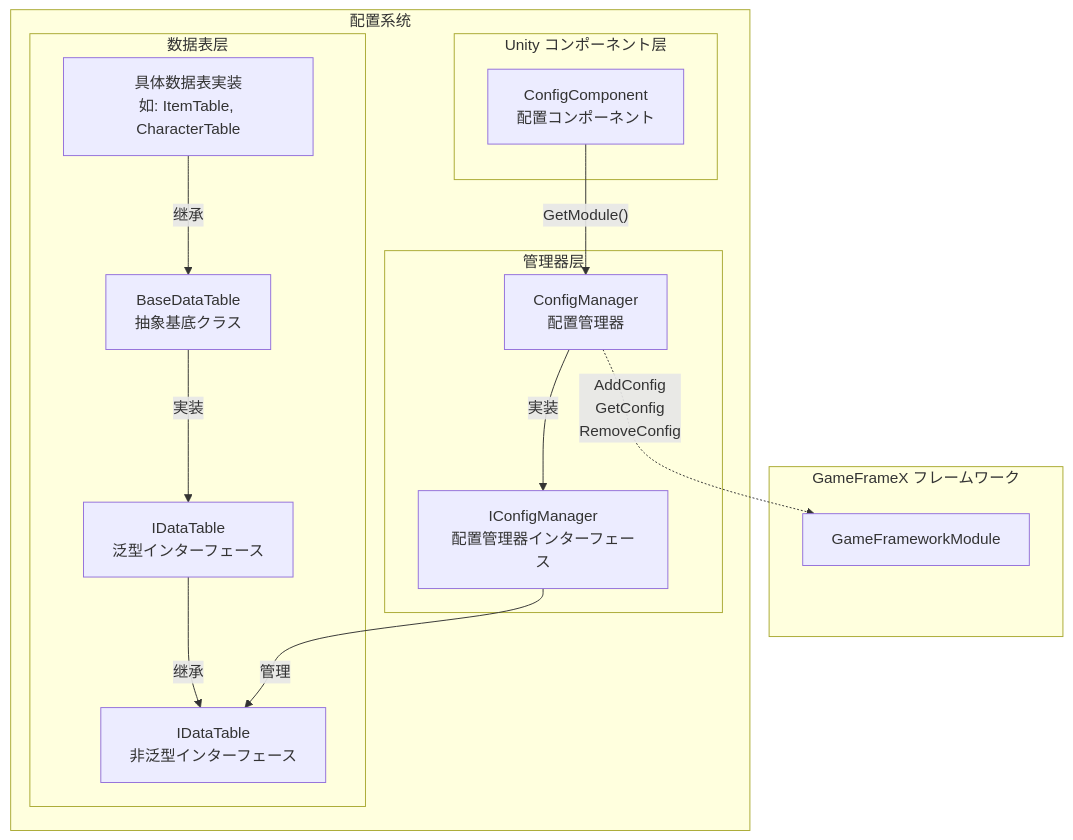
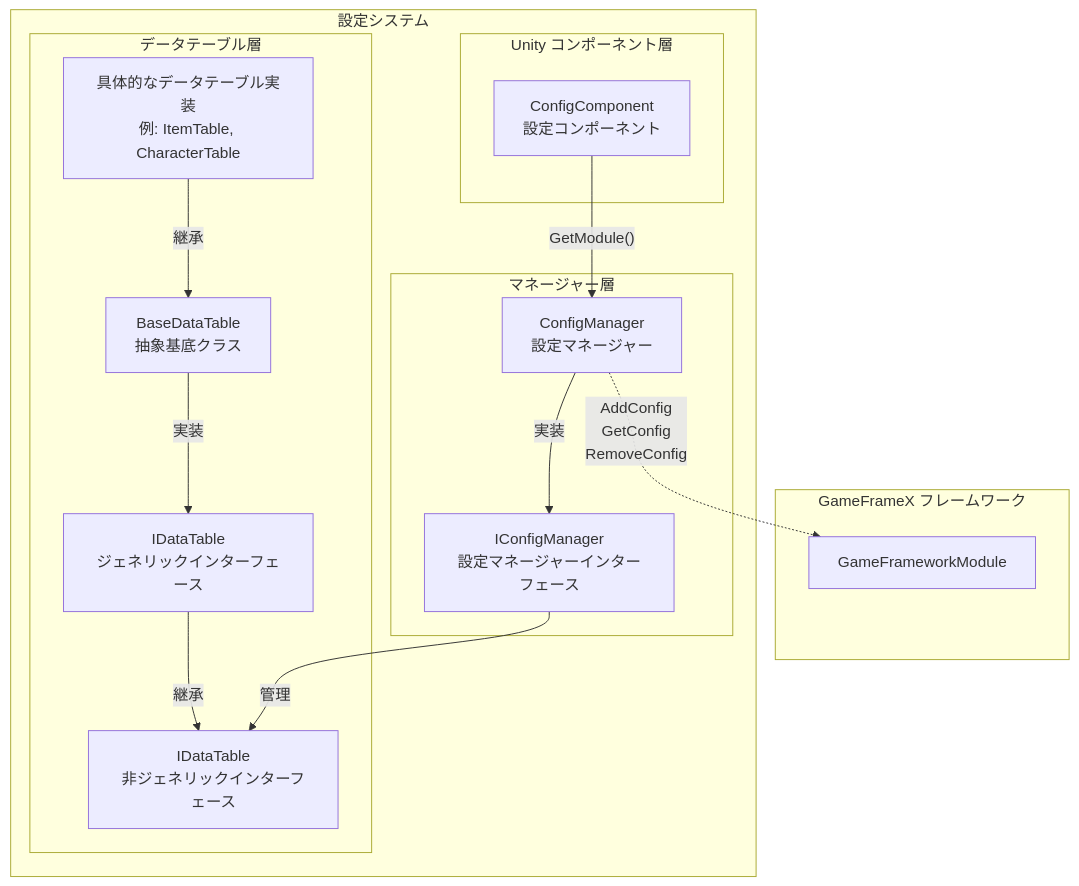
One commit to AlianBlank/GameFrameX.Docs changed the first of 2 diagrams in docs/ja/client/unity/component/config/09.config-manager.md. Above: the diagram before and after it, drawn with Mermaid. The commit also changed other lines of this file and 320 other files, not shown here.

````diff
--- a/docs/ja/client/unity/component/config/09.config-manager.md
+++ b/docs/ja/client/unity/component/config/09.config-manager.md
@@ -20,33 +20,33 @@
 ```mermaid
 flowchart TD
     subgraph GameFramework["GameFrameX フレームワーク"]
         GF_Module["GameFrameworkModule"]
     end
 
-    subgraph ConfigSystem["配置系统"]
-        subgraph UnityComponent["Unity コンポーネント层"]
-            ConfigComp["ConfigComponent<br/>配置コンポーネント"]
+    subgraph ConfigSystem["設定システム"]
+        subgraph UnityComponent["Unity コンポーネント層"]
+            ConfigComp["ConfigComponent<br/>設定コンポーネント"]
         end
 
-        subgraph ManagerLayer["管理器层"]
-            ConfigMgr["ConfigManager<br/>配置管理器"]
-            IConfigMgr["IConfigManager<br/>配置管理器インターフェース"]
+        subgraph ManagerLayer["マネージャー層"]
+            ConfigMgr["ConfigManager<br/>設定マネージャー"]
+            IConfigMgr["IConfigManager<br/>設定マネージャーインターフェース"]
         end
 
-        subgraph DataTableLayer["数据表层"]
-            IDataTable_NonGen["IDataTable<br/>非泛型インターフェース"]
-            IDataTable_Gen["IDataTable<T><br/>泛型インターフェース"]
+        subgraph DataTableLayer["データテーブル層"]
+            IDataTable_NonGen["IDataTable<br/>非ジェネリックインターフェース"]
+            IDataTable_Gen["IDataTable<T><br/>ジェネリックインターフェース"]
             BaseDataTable["BaseDataTable<T><br/>抽象基底クラス"]
-            ConcreteTable["具体数据表実装<br/>如: ItemTable, CharacterTable"]
+            ConcreteTable["具体的なデータテーブル実装<br/>例: ItemTable, CharacterTable"]
         end
     end
 
     ConfigComp -->|"GetModule<IConfigManager>()"| ConfigMgr
     ConfigMgr -->|"実装"| IConfigMgr
     IConfigMgr -->|"管理"| IDataTable_NonGen
-    IDataTable_Gen -->|"继承"| IDataTable_NonGen
+    IDataTable_Gen -->|"継承"| IDataTable_NonGen
     BaseDataTable -->|"実装"| IDataTable_Gen
-    ConcreteTable -->|"继承"| BaseDataTable
+    ConcreteTable -->|"継承"| BaseDataTable
     
     ConfigMgr -.->|"AddConfig<br/>GetConfig<br/>RemoveConfig"| GF_Module
 ```
````
